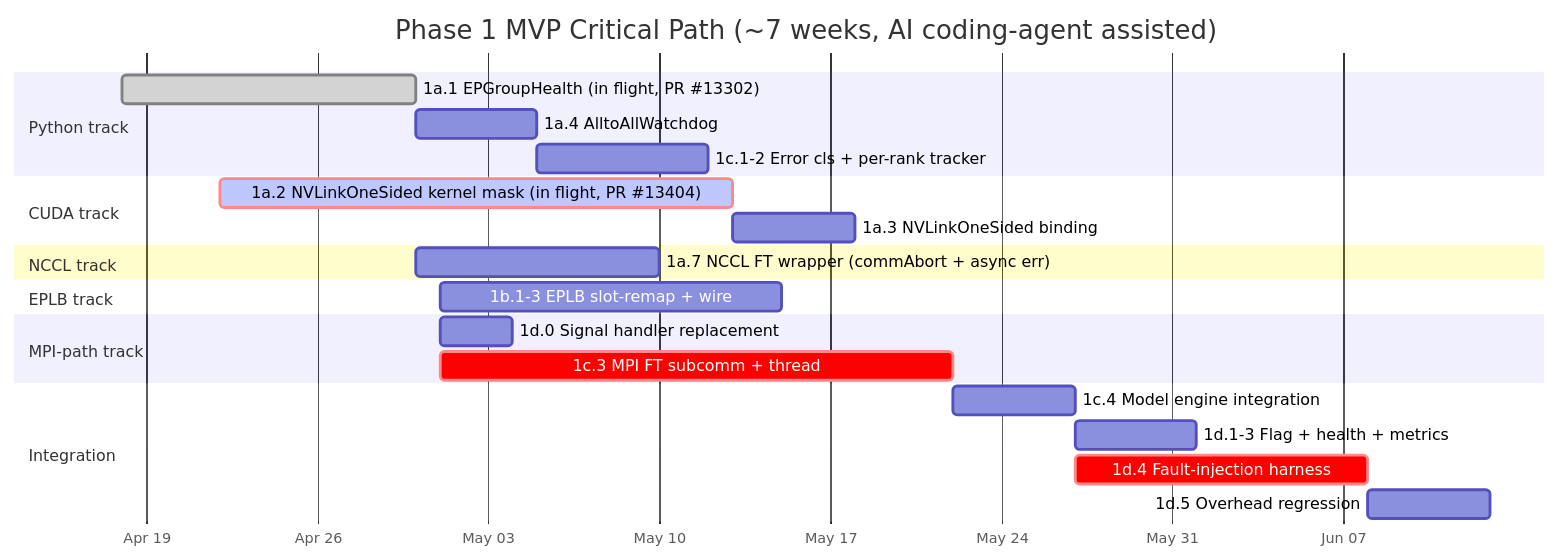
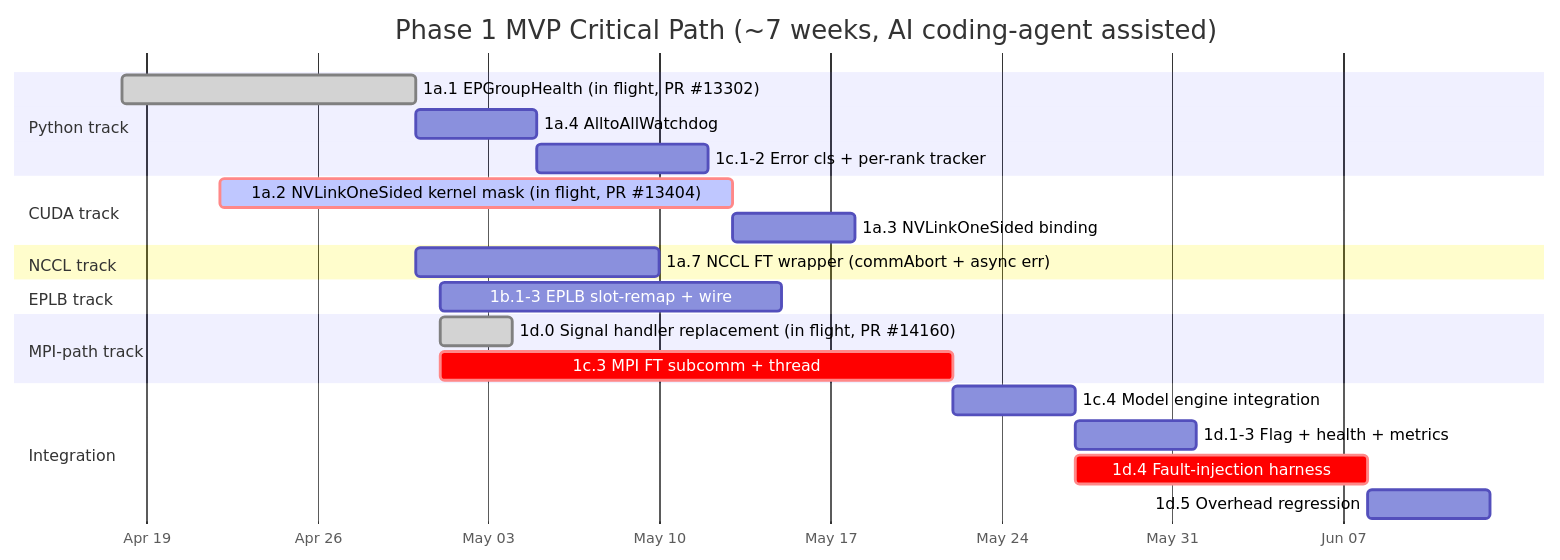
The diagram in docs/design/wide-ep-fault-tolerance/08-implementation-plan.md (chienchunhung/TensorRT-LLM), drawn with Mermaid before and after one commit. The commit also changed other lines of this file and 5 other files, not shown here.

First line of the commit message:
[None][docs] WideEP FT: link in-flight PR #14160 (1d.0 MPI signal handler)

````diff
--- a/docs/design/wide-ep-fault-tolerance/08-implementation-plan.md
+++ b/docs/design/wide-ep-fault-tolerance/08-implementation-plan.md
@@ -100,31 +101,31 @@
 ```mermaid
 gantt
     title Phase 1 MVP Critical Path (~7 weeks, AI coding-agent assisted)
     dateFormat YYYY-MM-DD
     axisFormat %b %d
 
     section Python track
     1a.1 EPGroupHealth (in flight, PR #13302)   :done, a1, 2026-04-18, 12d
     1a.4 AlltoAllWatchdog                       :a2, after a1, 5d
     1c.1-2 Error cls + per-rank tracker         :a6, after a2, 7d
 
     section CUDA track
     1a.2 NVLinkOneSided kernel mask (in flight, PR #13404) :crit, active, a3, 2026-04-22, 21d
     1a.3 NVLinkOneSided binding                 :a4, after a3, 5d
 
     section NCCL track
     1a.7 NCCL FT wrapper (commAbort + async err) :a7nccl, after a1, 10d
 
     section EPLB track
     1b.1-3 EPLB slot-remap + wire               :a5, 2026-05-01, 14d
 
     section MPI-path track
-    1d.0 Signal handler replacement             :a0, 2026-05-01, 3d
+    1d.0 Signal handler replacement (in flight, PR #14160) :done, a0, 2026-05-01, 3d
     1c.3 MPI FT subcomm + thread                :crit, ac3, 2026-05-01, 21d
 
     section Integration
     1c.4 Model engine integration               :a7, after ac3, 5d
     1d.1-3 Flag + health + metrics              :a8, after a7, 5d
     1d.4 Fault-injection harness                :crit, a9, after a7, 12d
     1d.5 Overhead regression                    :a10, after a9, 5d
 ```
````
